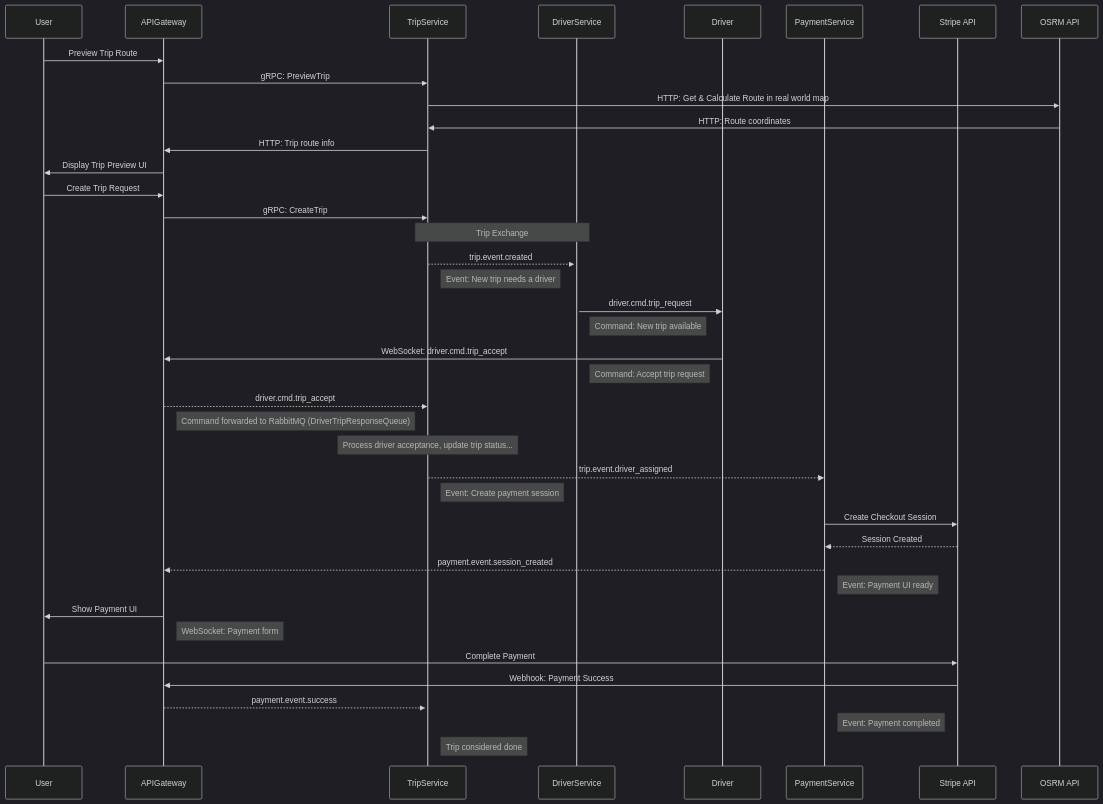
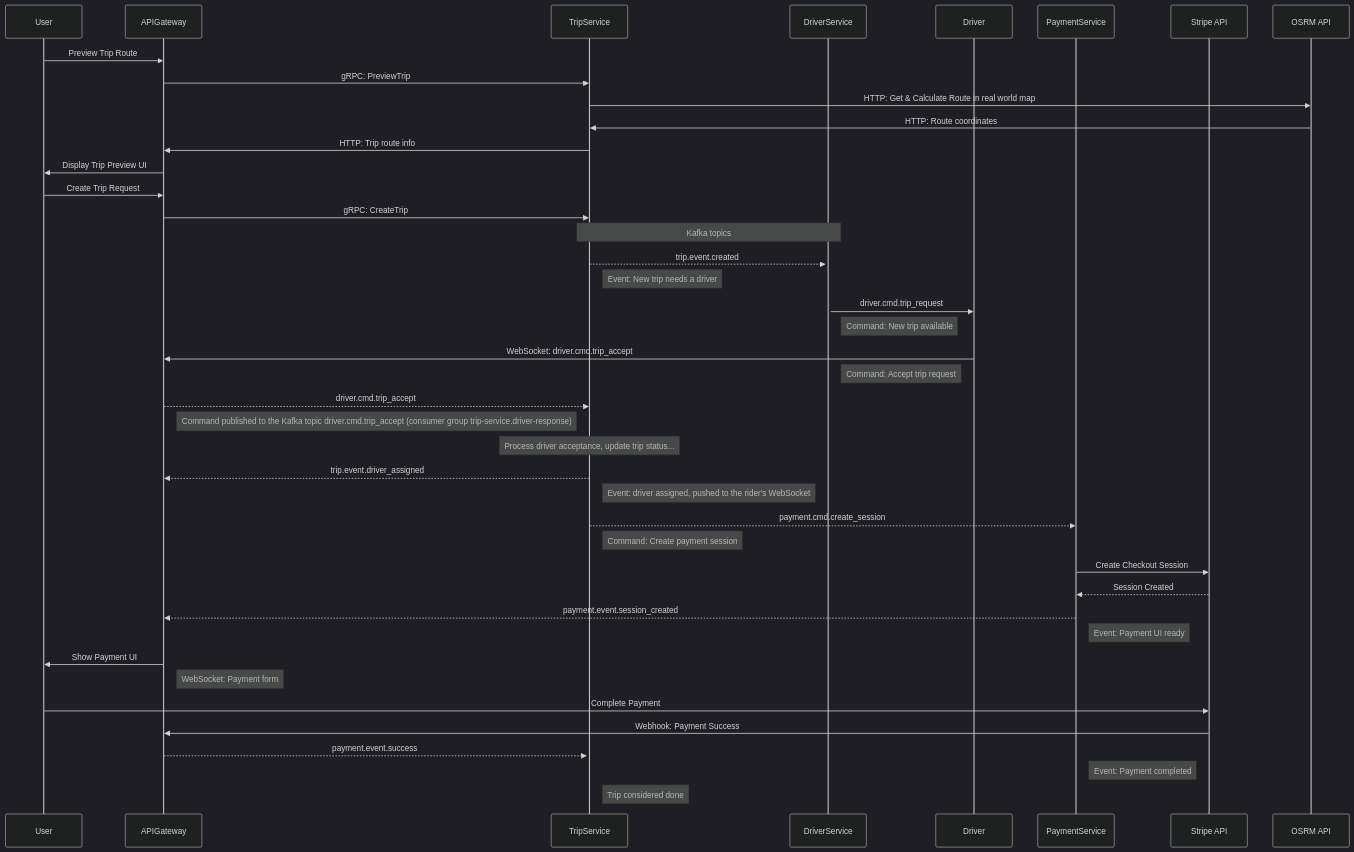
One commit to XoDeR/ride-sharing-go-kafka changed the diagram in docs/architecture/trip-creation-flow-v1.md. Above: the diagram before and after it, drawn with Mermaid (dark theme). The commit also changed 12 other files, not shown here.

First line of the commit message:
cleanup: remove RabbitMQ code, dependency and docs; document Kafka

````diff
--- a/docs/architecture/trip-creation-flow-v1.md
+++ b/docs/architecture/trip-creation-flow-v1.md
@@ -1,47 +1,49 @@
 ```mermaid
 sequenceDiagram
   participant User as User
   participant APIGateway as APIGateway
   participant TripService as TripService
   participant DriverService as DriverService
   participant Driver as Driver
   participant PaymentService as PaymentService
   participant Stripe as Stripe API
   participant OSRM as OSRM API
 
   User ->> APIGateway: Preview Trip Route
   APIGateway ->> TripService: gRPC: PreviewTrip
   TripService ->> OSRM: HTTP: Get & Calculate Route in real world map
   OSRM ->> TripService: HTTP: Route coordinates
   TripService ->> APIGateway: HTTP: Trip route info
   APIGateway ->> User: Display Trip Preview UI
 
   User ->> APIGateway: Create Trip Request
   APIGateway ->> TripService: gRPC: CreateTrip
-  Note over TripService, DriverService: Trip Exchange
+  Note over TripService, DriverService: Kafka topics
   TripService -->>+ DriverService: trip.event.created
   Note right of TripService: Event: New trip needs a driver
   DriverService ->> Driver: driver.cmd.trip_request
   Note right of DriverService: Command: New trip available
   Driver ->> APIGateway: WebSocket: driver.cmd.trip_accept
   Note left of Driver: Command: Accept trip request
   APIGateway -->> TripService: driver.cmd.trip_accept
-  Note right of APIGateway: Command forwarded to RabbitMQ (DriverTripResponseQueue)
+  Note right of APIGateway: Command published to the Kafka topic driver.cmd.trip_accept (consumer group trip-service.driver-response)
   Note over TripService: Process driver acceptance, update trip status...
-  TripService -->> PaymentService: trip.event.driver_assigned
-  Note right of TripService: Event: Create payment session
+  TripService -->> APIGateway: trip.event.driver_assigned
+  Note right of TripService: Event: driver assigned, pushed to the rider's WebSocket
+  TripService -->> PaymentService: payment.cmd.create_session
+  Note right of TripService: Command: Create payment session
   PaymentService ->> Stripe: Create Checkout Session
   Stripe -->> PaymentService: Session Created
   PaymentService -->> APIGateway: payment.event.session_created
   Note right of PaymentService: Event: Payment UI ready
   APIGateway ->> User: Show Payment UI
   Note right of APIGateway: WebSocket: Payment form
   User ->> Stripe: Complete Payment
   Stripe ->> APIGateway: Webhook: Payment Success
   APIGateway -->>+ TripService: payment.event.success
   Note right of PaymentService: Event: Payment completed
 
   
   Note right of TripService: Trip considered done
 
 ``` 
````
